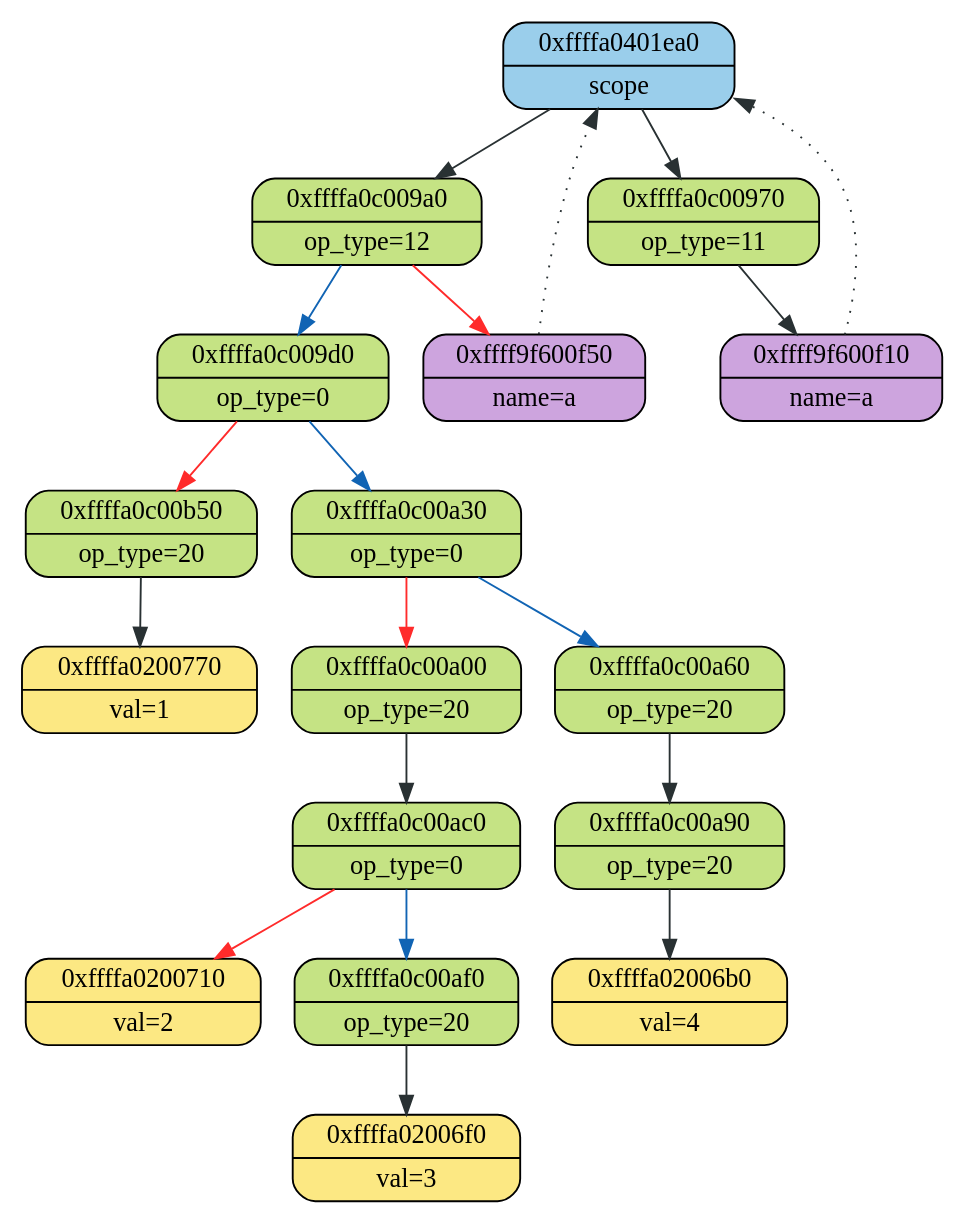
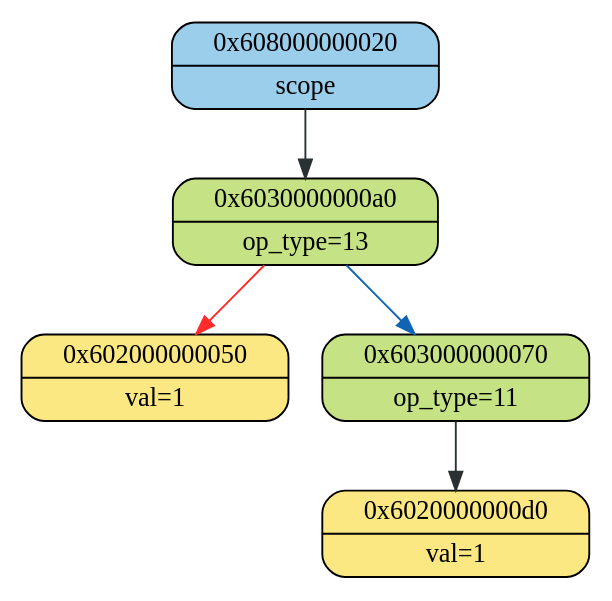
One commit to 2APetrin/ParaCL changed the diagram in ast/logs/log_graphviz.dot. Above: the diagram before and after it, drawn with Graphviz. The commit also changed 7 other files, not shown here.

```diff
--- a/ast/logs/log_graphviz.dot
+++ b/ast/logs/log_graphviz.dot
@@ -1,38 +1,12 @@
 digraph
 {
-    node_0xffffa0401ea0[shape = Mrecord, label = "{{0xffffa0401ea0} | {scope}}", style = "filled", fillcolor = "#9ACEEB"];
-    node_0xffffa0c009a0[shape = Mrecord, label = "{{0xffffa0c009a0} | {op_type=12}}", style = "filled", fillcolor = "#C5E384"];
-    node_0xffff9f600f50[shape = Mrecord, label = "{{0xffff9f600f50} | {name=a}}", style = "filled", fillcolor = "#CDA4DE"];
-    node_0xffff9f600f50->node_0xffffa0401ea0 [ style = "dotted", color = "#293133"];
-    node_0xffffa0c009d0[shape = Mrecord, label = "{{0xffffa0c009d0} | {op_type=0}}", style = "filled", fillcolor = "#C5E384"];
-    node_0xffffa0c00b50[shape = Mrecord, label = "{{0xffffa0c00b50} | {op_type=20}}", style = "filled", fillcolor = "#C5E384"];
-    node_0xffffa0200770[shape = Mrecord, label = "{{0xffffa0200770} | {val=1}}", style = "filled", fillcolor = "#FCE883"];
-    node_0xffffa0c00b50->node_0xffffa0200770 [color = "#293133"];
-    node_0xffffa0c00a30[shape = Mrecord, label = "{{0xffffa0c00a30} | {op_type=0}}", style = "filled", fillcolor = "#C5E384"];
-    node_0xffffa0c00a00[shape = Mrecord, label = "{{0xffffa0c00a00} | {op_type=20}}", style = "filled", fillcolor = "#C5E384"];
-    node_0xffffa0c00ac0[shape = Mrecord, label = "{{0xffffa0c00ac0} | {op_type=0}}", style = "filled", fillcolor = "#C5E384"];
-    node_0xffffa0200710[shape = Mrecord, label = "{{0xffffa0200710} | {val=2}}", style = "filled", fillcolor = "#FCE883"];
-    node_0xffffa0c00af0[shape = Mrecord, label = "{{0xffffa0c00af0} | {op_type=20}}", style = "filled", fillcolor = "#C5E384"];
-    node_0xffffa02006f0[shape = Mrecord, label = "{{0xffffa02006f0} | {val=3}}", style = "filled", fillcolor = "#FCE883"];
-    node_0xffffa0c00af0->node_0xffffa02006f0 [color = "#293133"];
-    node_0xffffa0c00ac0->node_0xffffa0200710 [color = "#FF2B2B"];
-    node_0xffffa0c00ac0->node_0xffffa0c00af0 [color = "#1164B4"];
-    node_0xffffa0c00a00->node_0xffffa0c00ac0 [color = "#293133"];
-    node_0xffffa0c00a60[shape = Mrecord, label = "{{0xffffa0c00a60} | {op_type=20}}", style = "filled", fillcolor = "#C5E384"];
-    node_0xffffa0c00a90[shape = Mrecord, label = "{{0xffffa0c00a90} | {op_type=20}}", style = "filled", fillcolor = "#C5E384"];
-    node_0xffffa02006b0[shape = Mrecord, label = "{{0xffffa02006b0} | {val=4}}", style = "filled", fillcolor = "#FCE883"];
-    node_0xffffa0c00a90->node_0xffffa02006b0 [color = "#293133"];
-    node_0xffffa0c00a60->node_0xffffa0c00a90 [color = "#293133"];
-    node_0xffffa0c00a30->node_0xffffa0c00a00 [color = "#FF2B2B"];
-    node_0xffffa0c00a30->node_0xffffa0c00a60 [color = "#1164B4"];
-    node_0xffffa0c009d0->node_0xffffa0c00b50 [color = "#FF2B2B"];
-    node_0xffffa0c009d0->node_0xffffa0c00a30 [color = "#1164B4"];
-    node_0xffffa0c009a0->node_0xffff9f600f50 [color = "#FF2B2B"];
-    node_0xffffa0c009a0->node_0xffffa0c009d0 [color = "#1164B4"];
-    node_0xffffa0401ea0->node_0xffffa0c009a0 [color = "#293133"];
-    node_0xffffa0c00970[shape = Mrecord, label = "{{0xffffa0c00970} | {op_type=11}}", style = "filled", fillcolor = "#C5E384"];
-    node_0xffff9f600f10[shape = Mrecord, label = "{{0xffff9f600f10} | {name=a}}", style = "filled", fillcolor = "#CDA4DE"];
-    node_0xffff9f600f10->node_0xffffa0401ea0 [ style = "dotted", color = "#293133"];
-    node_0xffffa0c00970->node_0xffff9f600f10 [color = "#293133"];
-    node_0xffffa0401ea0->node_0xffffa0c00970 [color = "#293133"];
+    node_0x608000000020[shape = Mrecord, label = "{{0x608000000020} | {scope}}", style = "filled", fillcolor = "#9ACEEB"];
+    node_0x6030000000a0[shape = Mrecord, label = "{{0x6030000000a0} | {op_type=13}}", style = "filled", fillcolor = "#C5E384"];
+    node_0x602000000050[shape = Mrecord, label = "{{0x602000000050} | {val=1}}", style = "filled", fillcolor = "#FCE883"];
+    node_0x603000000070[shape = Mrecord, label = "{{0x603000000070} | {op_type=11}}", style = "filled", fillcolor = "#C5E384"];
+    node_0x6020000000d0[shape = Mrecord, label = "{{0x6020000000d0} | {val=1}}", style = "filled", fillcolor = "#FCE883"];
+    node_0x603000000070->node_0x6020000000d0 [color = "#293133"];
+    node_0x6030000000a0->node_0x602000000050 [color = "#FF2B2B"];
+    node_0x6030000000a0->node_0x603000000070 [color = "#1164B4"];
+    node_0x608000000020->node_0x6030000000a0 [color = "#293133"];
 }
```
